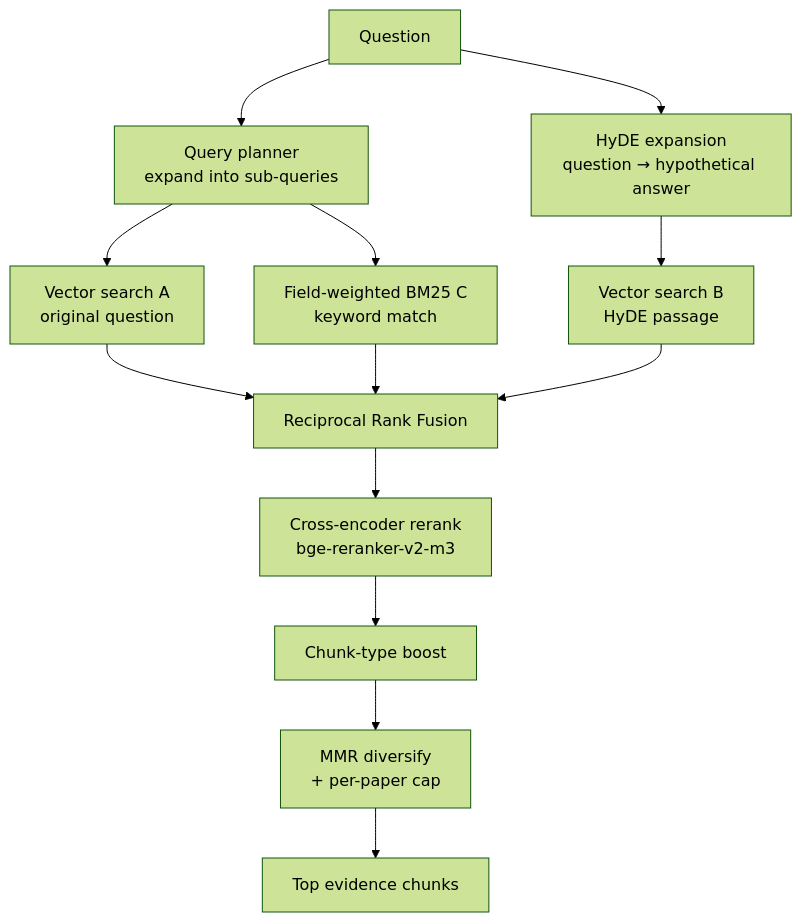
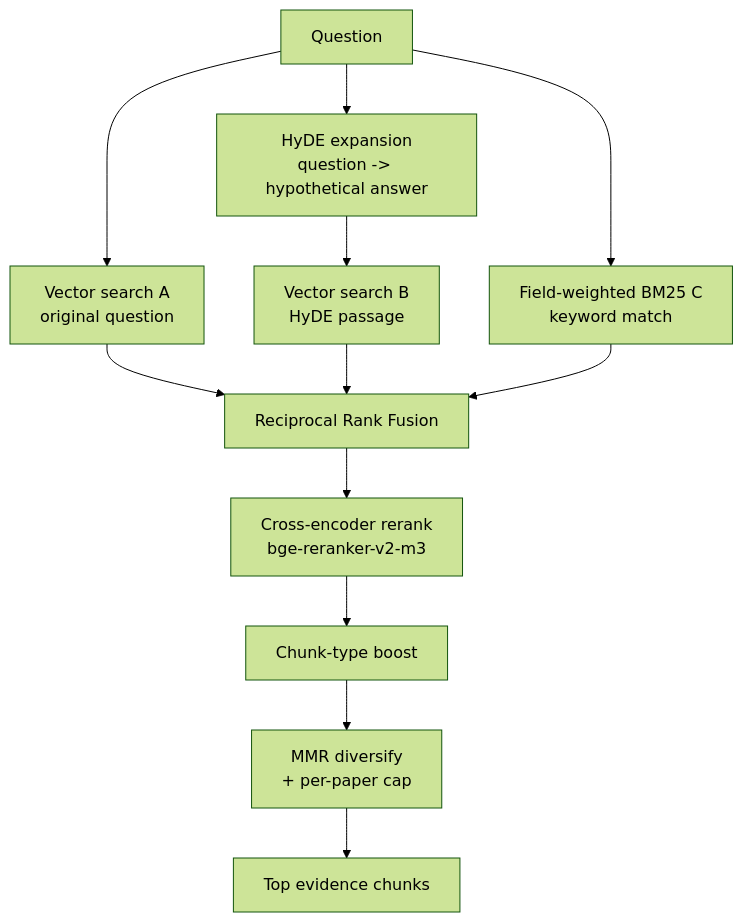
The third of 5 diagrams in docs/PIPELINE.md (anistondeveloperteam-ANT/Audio-research-assistant), drawn with Mermaid (forest theme) before and after one commit. The commit also changed other lines of this file and 20 other files, not shown here.

````diff
--- a/docs/PIPELINE.md
+++ b/docs/PIPELINE.md
@@ -137,15 +134,14 @@
 ```mermaid
 flowchart TD
-    Q[Question] --> QP[Query planner<br/>expand into sub-queries]
-    Q --> H[HyDE expansion<br/>question → hypothetical answer]
-    QP --> V1[Vector search A<br/>original question]
+    Q[Question] --> H[HyDE expansion<br/>question -> hypothetical answer]
+    Q --> V1[Vector search A<br/>original question]
     H --> V2[Vector search B<br/>HyDE passage]
-    QP --> BM[Field-weighted BM25 C<br/>keyword match]
+    Q --> BM[Field-weighted BM25 C<br/>keyword match]
     V1 --> RRF[Reciprocal Rank Fusion]
     V2 --> RRF
     BM --> RRF
     RRF --> RR[Cross-encoder rerank<br/>bge-reranker-v2-m3]
     RR --> Boost[Chunk-type boost]
     Boost --> MMR[MMR diversify<br/>+ per-paper cap]
     MMR --> OUT[Top evidence chunks]
 ```
````
